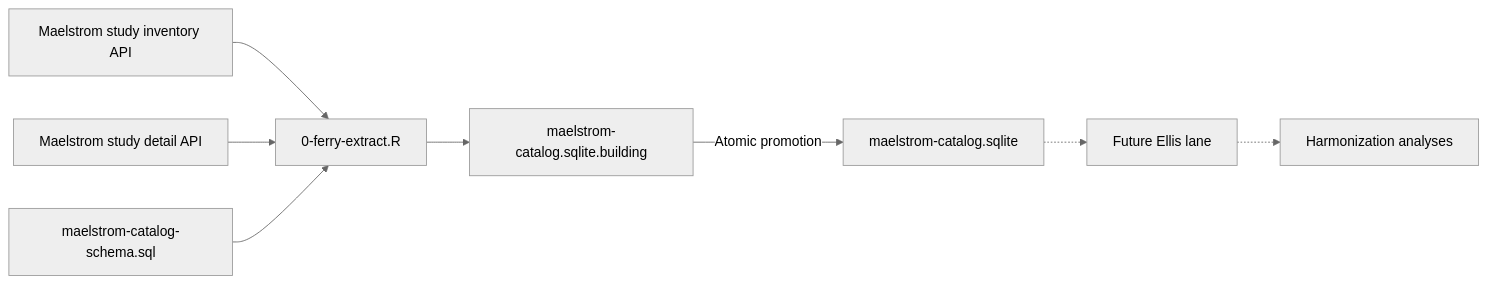
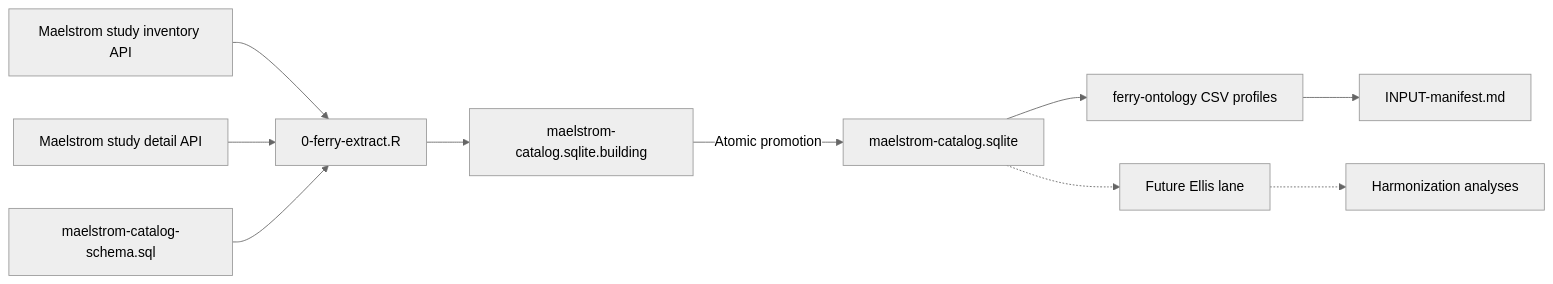
The diagram in manipulation/pipeline.md (RG-FIDES/maelstrom), drawn with Mermaid (neutral theme) before and after one commit. The commit also changed other lines of this file and 8 other files, not shown here.

Commit message:
ferry and input manifest stable

````diff
--- a/manipulation/pipeline.md
+++ b/manipulation/pipeline.md
@@ -12,19 +12,23 @@
 ```mermaid
 flowchart LR
     inventory[Maelstrom study inventory API]
     details[Maelstrom study detail API]
     ferry[0-ferry-extract.R]
     schema[maelstrom-catalog-schema.sql]
     build[maelstrom-catalog.sqlite.building]
     cache[maelstrom-catalog.sqlite]
+    ontology[ferry-ontology CSV profiles]
+    manifest[INPUT-manifest.md]
     ellis[Future Ellis lane]
     analysis[Harmonization analyses]
 
     inventory --> ferry
     details --> ferry
     schema --> ferry
     ferry --> build
     build -->|Atomic promotion| cache
+    cache --> ontology
+    ontology --> manifest
     cache -.-> ellis
     ellis -.-> analysis
 ```
````
